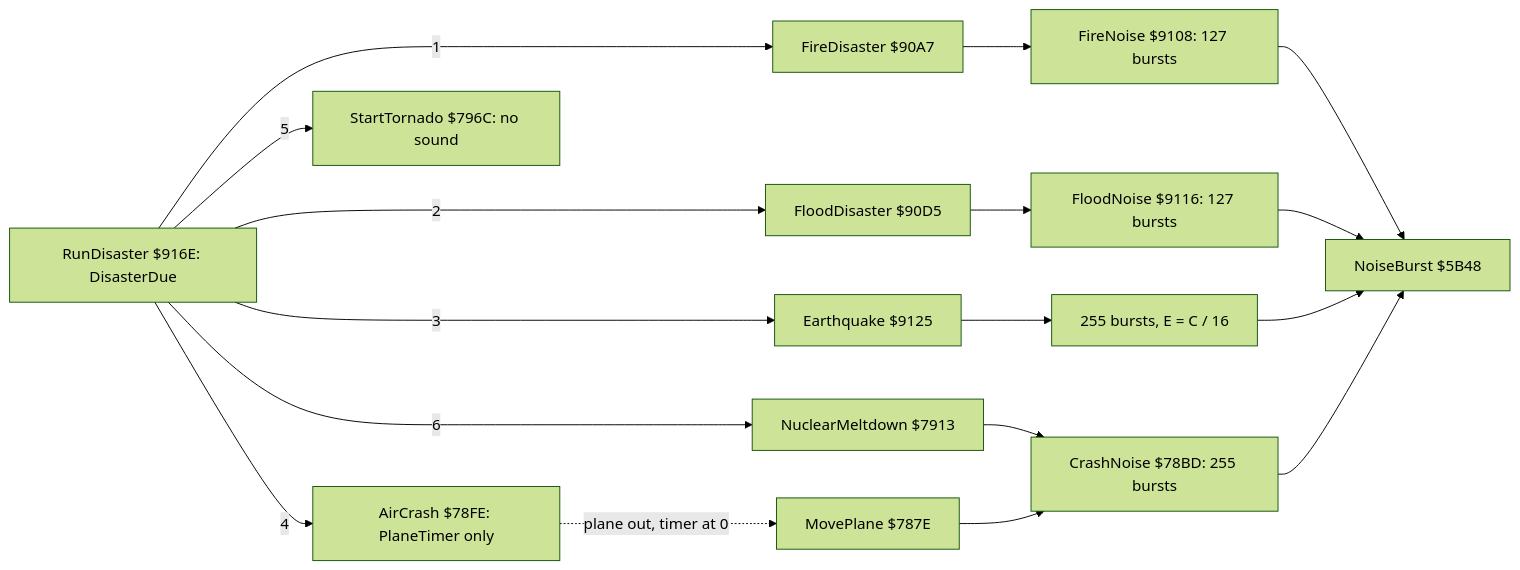
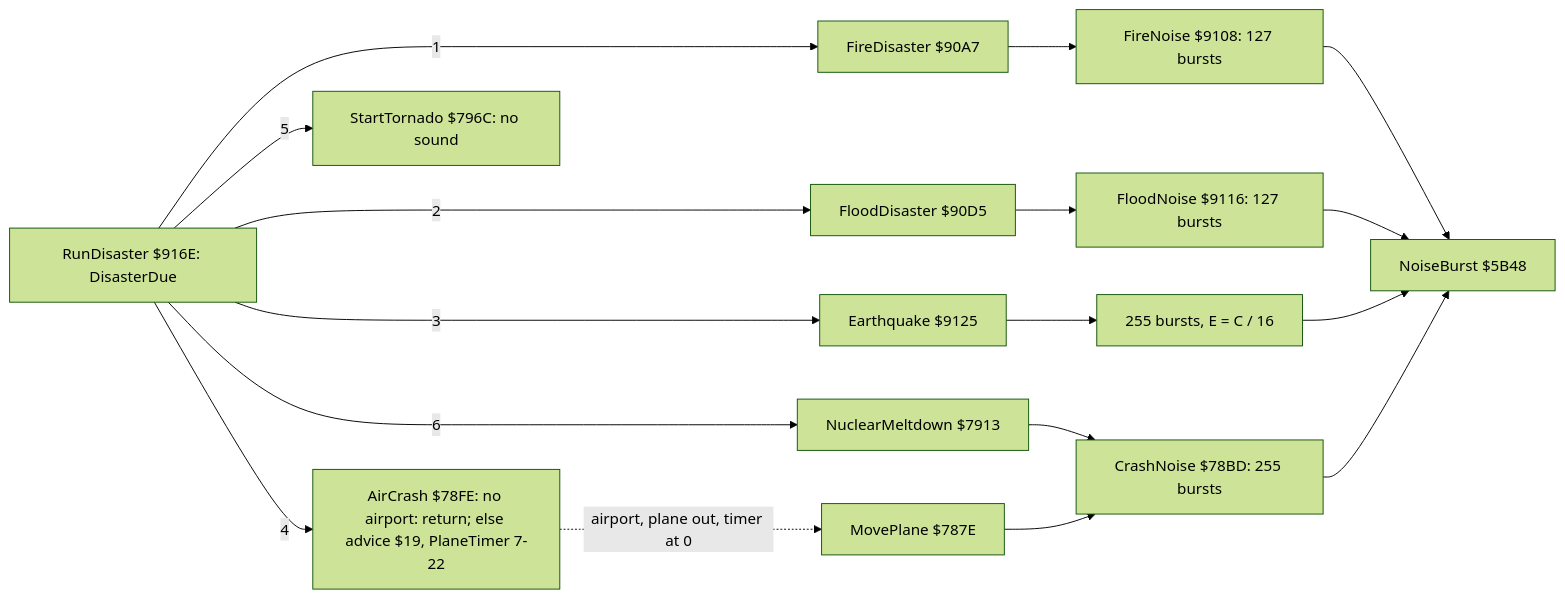
Before and after one commit to alfishe/unrealng-reverse-cases: the second of 5 diagrams in games/simcity/docs/09-sound.md, drawn with Mermaid (forest theme). The commit also changed other lines of this file and 32 other files, not shown here.

````diff
--- a/games/simcity/docs/09-sound.md
+++ b/games/simcity/docs/09-sound.md
@@ -186,19 +186,19 @@
 ```mermaid
 flowchart LR
     RD["RunDisaster $916E: DisasterDue"] -->|1| F["FireDisaster $90A7"]
     RD -->|2| FL["FloodDisaster $90D5"]
     RD -->|3| Q["Earthquake $9125"]
-    RD -->|4| A["AirCrash $78FE: PlaneTimer only"]
+    RD -->|4| A["AirCrash $78FE: no airport: return; else advice $19, PlaneTimer 7-22"]
     RD -->|5| T["StartTornado $796C: no sound"]
     RD -->|6| M["NuclearMeltdown $7913"]
     F --> FN["FireNoise $9108: 127 bursts"]
     FL --> FLN["FloodNoise $9116: 127 bursts"]
     Q --> QN["255 bursts, E = C / 16"]
     M --> CN["CrashNoise $78BD: 255 bursts"]
-    A -.->|"plane out, timer at 0"| MP["MovePlane $787E"]
+    A -.->|"airport, plane out, timer at 0"| MP["MovePlane $787E"]
     MP --> CN
     FN --> NB["NoiseBurst $5B48"]
     FLN --> NB
     QN --> NB
     CN --> NB
 ```
````
